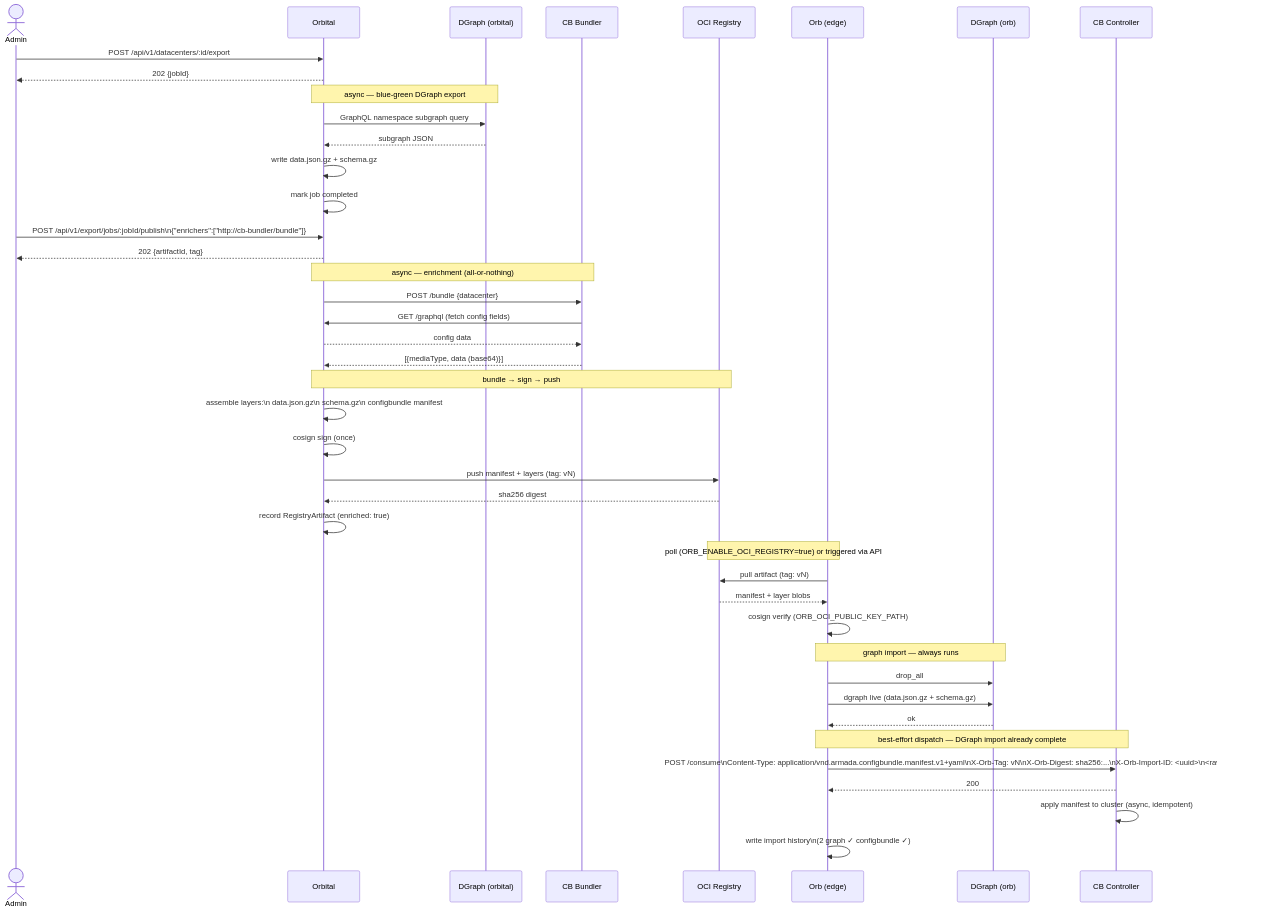
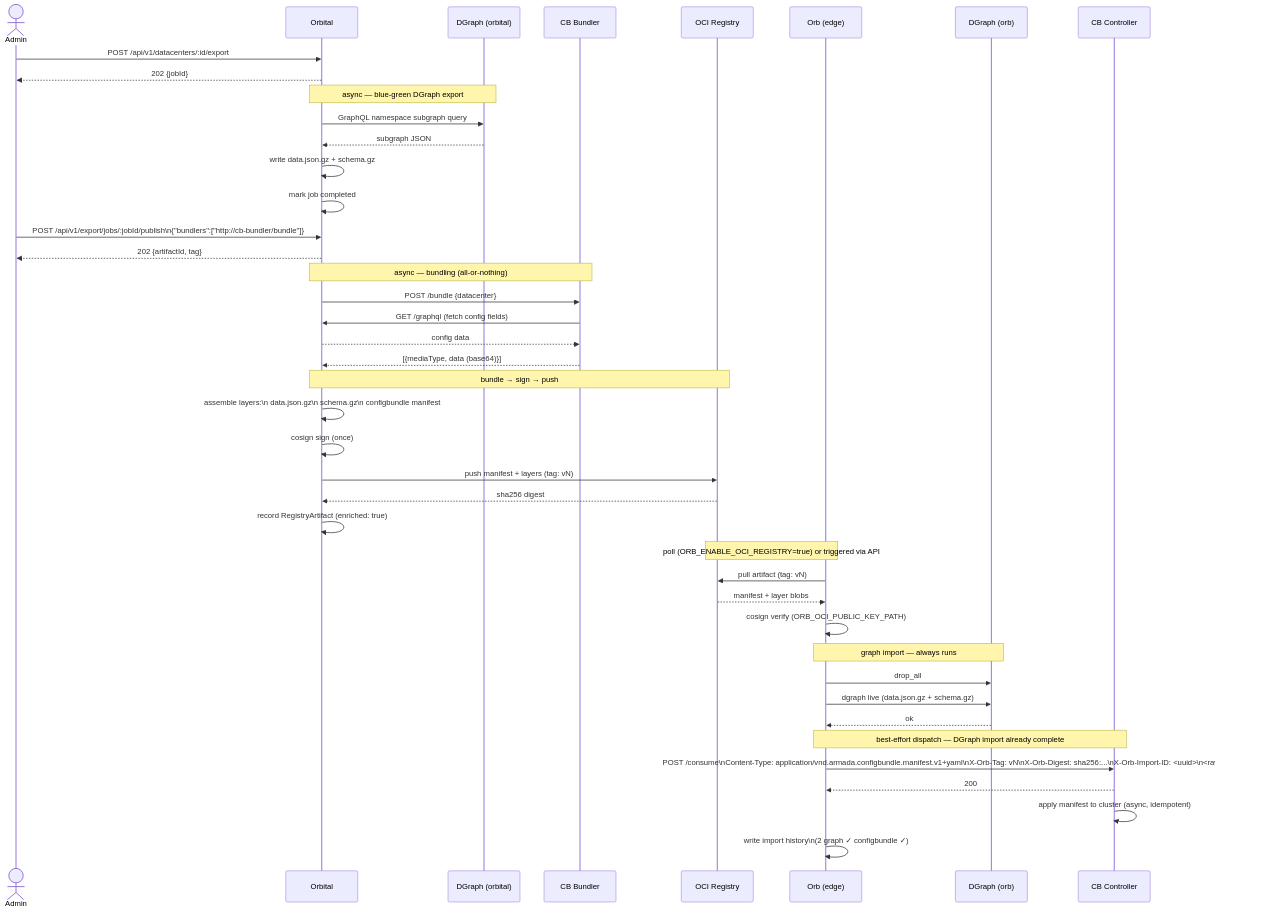
One commit to danieldn-aramada/orbital changed the diagram in docs/configbundle-integration.md. Above: the diagram before and after it, drawn with Mermaid. The commit also changed other lines of this file and 64 other files, not shown here.

````diff
--- a/docs/configbundle-integration.md
+++ b/docs/configbundle-integration.md
@@ -71,57 +71,57 @@
 ```mermaid
 sequenceDiagram
     actor Admin
     participant O as Orbital
     participant DG as DGraph (orbital)
     participant CBB as CB Bundler
     participant OCI as OCI Registry
     participant Orb as Orb (edge)
     participant ODG as DGraph (orb)
     participant CBC as CB Controller
 
     %% ── 1. Export ──────────────────────────────────────────────────────────
     Admin->>O: POST /api/v1/datacenters/:id/export
     O-->>Admin: 202 {jobId}
 
     Note over O,DG: async — blue-green DGraph export
     O->>DG: GraphQL namespace subgraph query
     DG-->>O: subgraph JSON
     O->>O: write data.json.gz + schema.gz
     O->>O: mark job completed
 
-    %% ── 2. Publish with enricher ────────────────────────────────────────────
-    Admin->>O: POST /api/v1/export/jobs/:jobId/publish\n{"enrichers":["http://cb-bundler/bundle"]}
+    %% ── 2. Publish with bundler ─────────────────────────────────────────────
+    Admin->>O: POST /api/v1/export/jobs/:jobId/publish\n{"bundlers":["http://cb-bundler/bundle"]}
     O-->>Admin: 202 {artifactId, tag}
 
-    Note over O,CBB: async — enrichment (all-or-nothing)
+    Note over O,CBB: async — bundling (all-or-nothing)
     O->>CBB: POST /bundle  {datacenter}
     CBB->>O: GET /graphql  (fetch config fields)
     O-->>CBB: config data
     CBB-->>O: [{mediaType, data (base64)}]
 
     Note over O,OCI: bundle → sign → push
     O->>O: assemble layers:\n  data.json.gz\n  schema.gz\n  configbundle manifest
     O->>O: cosign sign (once)
     O->>OCI: push manifest + layers  (tag: vN)
     OCI-->>O: sha256 digest
     O->>O: record RegistryArtifact  (enriched: true)
 
     %% ── 3. Orb import ───────────────────────────────────────────────────────
     Note over Orb,OCI: poll (ORB_ENABLE_OCI_REGISTRY=true) or triggered via API
     Orb->>OCI: pull artifact  (tag: vN)
     OCI-->>Orb: manifest + layer blobs
     Orb->>Orb: cosign verify  (ORB_OCI_PUBLIC_KEY_PATH)
 
     Note over Orb,ODG: graph import — always runs
     Orb->>ODG: drop_all
     Orb->>ODG: dgraph live  (data.json.gz + schema.gz)
     ODG-->>Orb: ok
 
     %% ── 4. Consumer dispatch ────────────────────────────────────────────────
     Note over Orb,CBC: best-effort dispatch — DGraph import already complete
     Orb->>CBC: POST /consume\nContent-Type: application/vnd.armada.configbundle.manifest.v1+yaml\nX-Orb-Tag: vN\nX-Orb-Digest: sha256:...\nX-Orb-Import-ID: <uuid>\n<raw manifest bytes>
     CBC-->>Orb: 200
     CBC->>CBC: apply manifest to cluster  (async, idempotent)
 
     Orb->>Orb: write import history\n(2 graph ✓  configbundle ✓)
 ```
````
